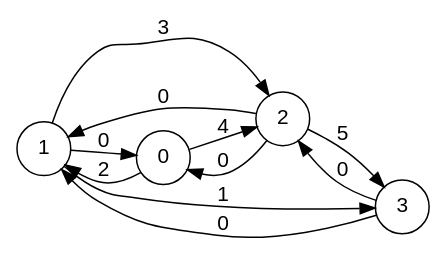
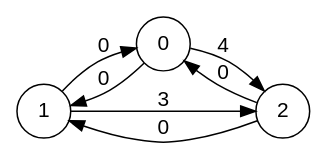
Before and after one commit to st4rhub/ProgFonct: the diagram in outfile.dot, drawn with Graphviz. The commit also changed 5 other files, not shown here.

```diff
--- a/outfile.dot
+++ b/outfile.dot
@@ -1,33 +1,25 @@
 digraph finite_state_machine { 
 
   fontname="Helvetica,Arial,sans-serif" 
 
   node [fontname="Helvetica,Arial,sans-serif"] 
 
   edge [fontname="Helvetica,Arial,sans-serif"] 
 
   rankdir=LR 
 ;
   node [shape = circle]; 
 
  1 -> 0 [label = "0"]
 
- 1 -> 3 [label = "1"]
-
  1 -> 2 [label = "3"]
 
  2 -> 0 [label = "0"]
 
  2 -> 1 [label = "0"]
 
- 2 -> 3 [label = "5"]
-
- 3 -> 2 [label = "0"]
-
- 3 -> 1 [label = "0"]
+ 0 -> 1 [label = "0"]
 
  0 -> 2 [label = "4"]
 
- 0 -> 1 [label = "2"]
-
 }
```
